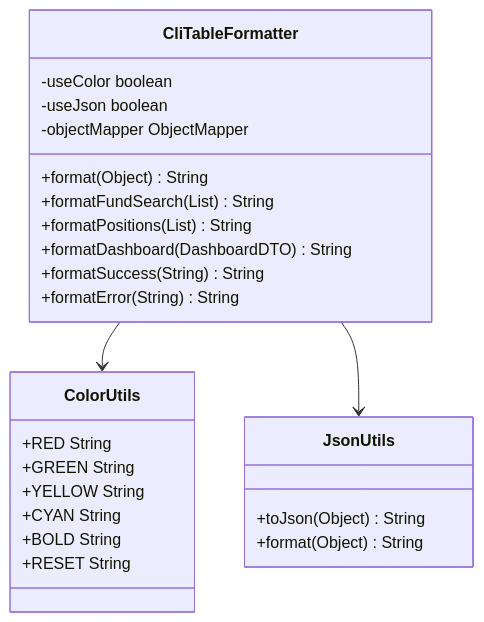
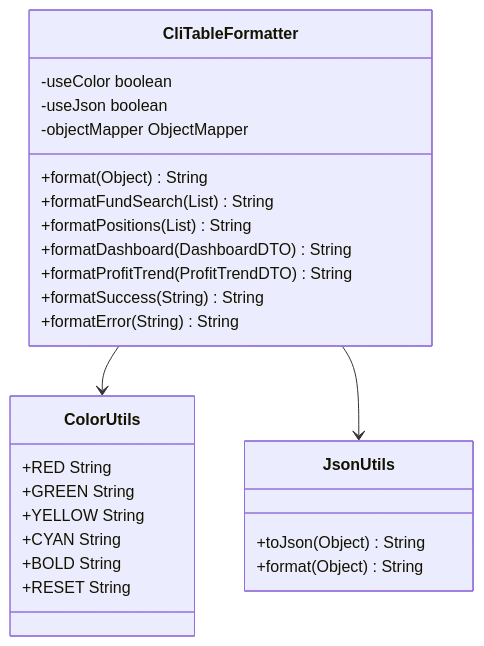
The seventh of 9 diagrams in .qoder/repowiki/zh/content/核心功能开发/命令行界面.md (gree-coder/fund-butler), drawn with Mermaid before and after one commit. The commit also changed other lines of this file and 3 other files, not shown here.

````diff
--- a/.qoder/repowiki/zh/content/核心功能开发/命令行界面.md
+++ b/.qoder/repowiki/zh/content/核心功能开发/命令行界面.md
@@ -288,28 +369,29 @@
 ```mermaid
 classDiagram
 class CliTableFormatter {
 -useColor boolean
 -useJson boolean
 -objectMapper ObjectMapper
 +format(Object) String
 +formatFundSearch(List) String
 +formatPositions(List) String
 +formatDashboard(DashboardDTO) String
++formatProfitTrend(ProfitTrendDTO) String
 +formatSuccess(String) String
 +formatError(String) String
 }
 class ColorUtils {
 +RED String
 +GREEN String
 +YELLOW String
 +CYAN String
 +BOLD String
 +RESET String
 }
 class JsonUtils {
 +toJson(Object) String
 +format(Object) String
 }
 CliTableFormatter --> ColorUtils
 CliTableFormatter --> JsonUtils
 ```
````
